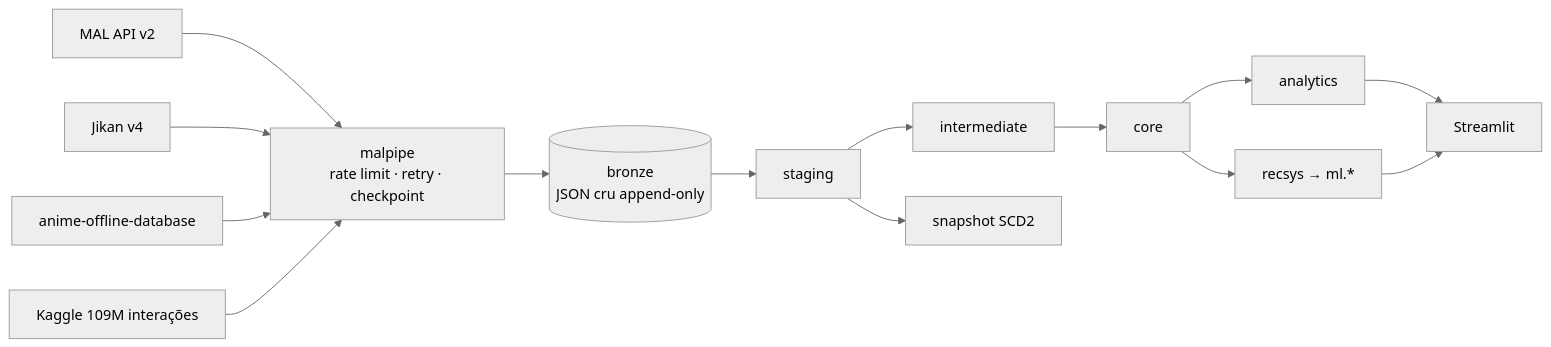
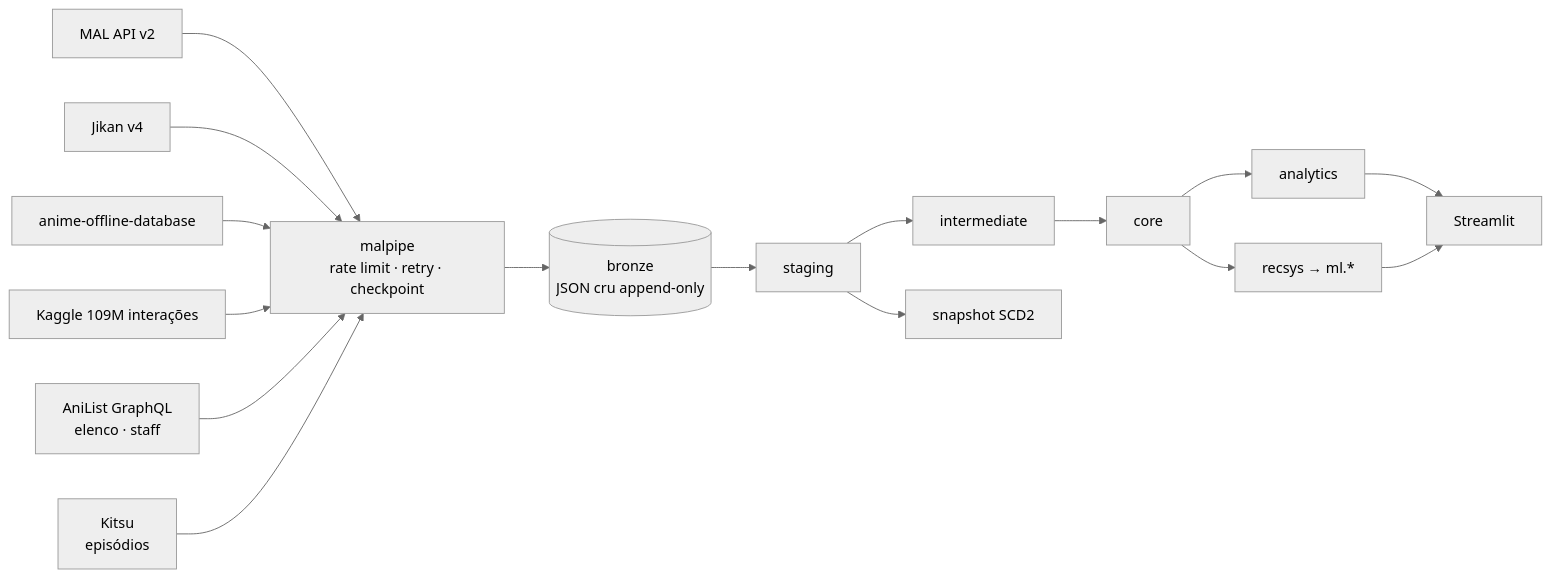
The diagram in README.md (GabrielKSG7/MAL-ANALYTICS), drawn with Mermaid (neutral theme) before and after one commit. The commit also changed other lines of this file and 49 other files, not shown here.

````diff
--- a/README.md
+++ b/README.md
@@ -91,13 +91,15 @@
 ```mermaid
 flowchart LR
     MAL[MAL API v2] --> P[malpipe<br/>rate limit · retry · checkpoint]
     JK[Jikan v4] --> P
     MN[anime-offline-database] --> P
     KG[Kaggle 109M interações] --> P
+    AL[AniList GraphQL<br/>elenco · staff] --> P
+    KT[Kitsu<br/>episódios] --> P
     P --> BR[(bronze<br/>JSON cru append-only)]
     BR --> ST[staging] --> IN[intermediate] --> CO[core] --> AN[analytics]
     ST --> SN[snapshot SCD2]
     CO --> ML[recsys → ml.*]
     AN --> D[Streamlit]
     ML --> D
 ```
````
